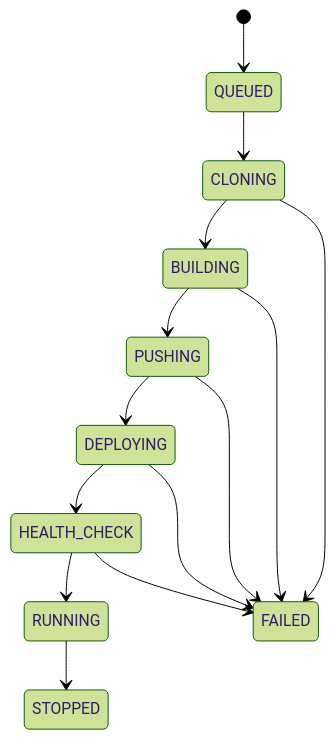
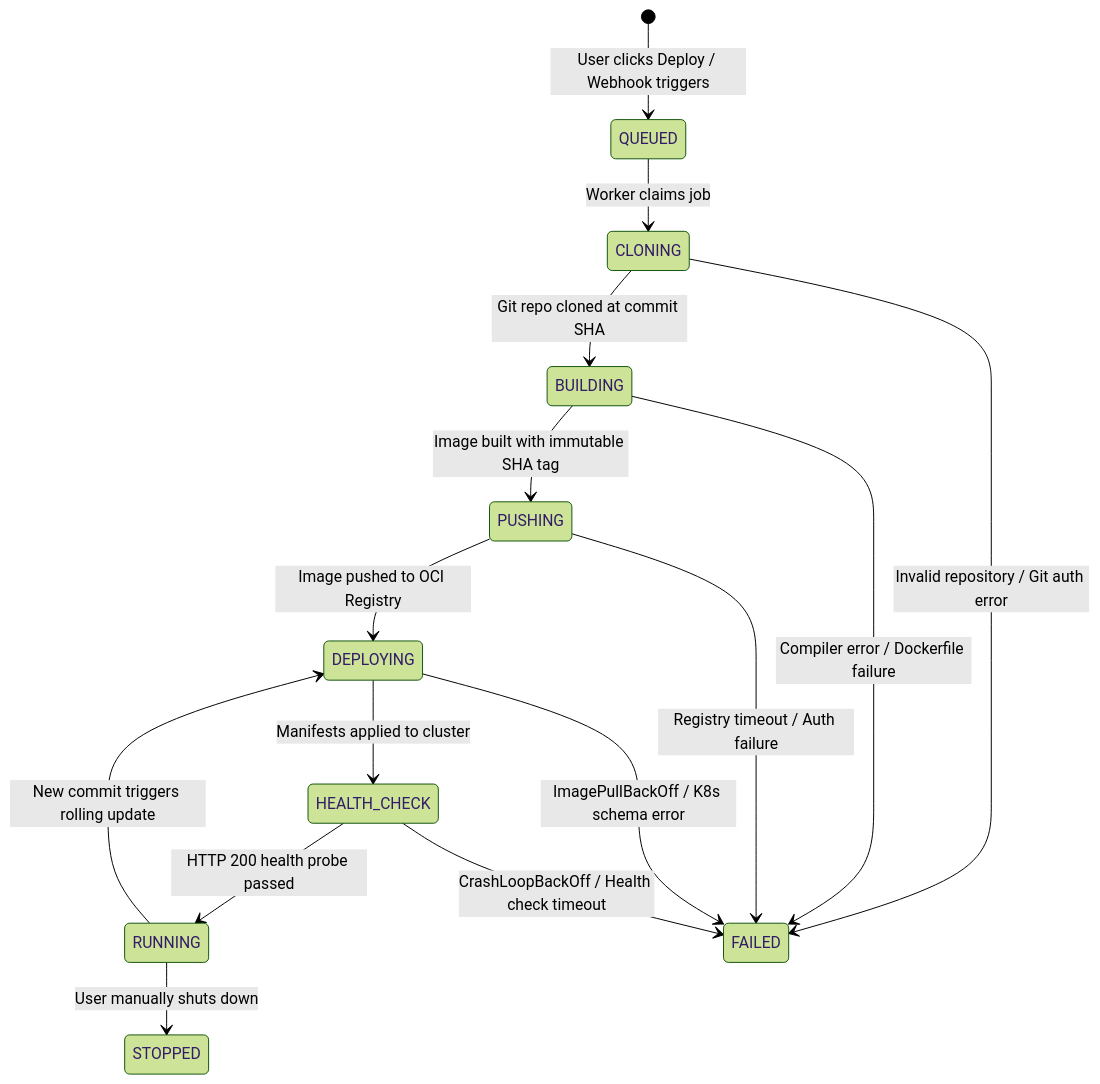
One commit to AdityaPatra-dev/DeployHub changed the third of 4 diagrams in README.md. Above: the diagram before and after it, drawn with Mermaid (forest theme). The commit also changed other lines of this file, not shown here.

Commit message:
docs: revamp README with complete architecture, status, and zero-conflict 2-person work division

````diff
--- a/README.md
+++ b/README.md
@@ -93,16 +148,19 @@
 ```mermaid
 stateDiagram-v2
-    [*] --> QUEUED
-    QUEUED --> CLONING
-    CLONING --> BUILDING
-    BUILDING --> PUSHING
-    PUSHING --> DEPLOYING
-    DEPLOYING --> HEALTH_CHECK
-    HEALTH_CHECK --> RUNNING
-    CLONING --> FAILED
-    BUILDING --> FAILED
-    PUSHING --> FAILED
-    DEPLOYING --> FAILED
-    HEALTH_CHECK --> FAILED
-    RUNNING --> STOPPED
+    [*] --> QUEUED: User clicks Deploy / Webhook triggers
+    QUEUED --> CLONING: Worker claims job
+    CLONING --> BUILDING: Git repo cloned at commit SHA
+    BUILDING --> PUSHING: Image built with immutable SHA tag
+    PUSHING --> DEPLOYING: Image pushed to OCI Registry
+    DEPLOYING --> HEALTH_CHECK: Manifests applied to cluster
+    HEALTH_CHECK --> RUNNING: HTTP 200 health probe passed
+
+    CLONING --> FAILED: Invalid repository / Git auth error
+    BUILDING --> FAILED: Compiler error / Dockerfile failure
+    PUSHING --> FAILED: Registry timeout / Auth failure
+    DEPLOYING --> FAILED: ImagePullBackOff / K8s schema error
+    HEALTH_CHECK --> FAILED: CrashLoopBackOff / Health check timeout
+
+    RUNNING --> STOPPED: User manually shuts down
+    RUNNING --> DEPLOYING: New commit triggers rolling update
 ```
````
